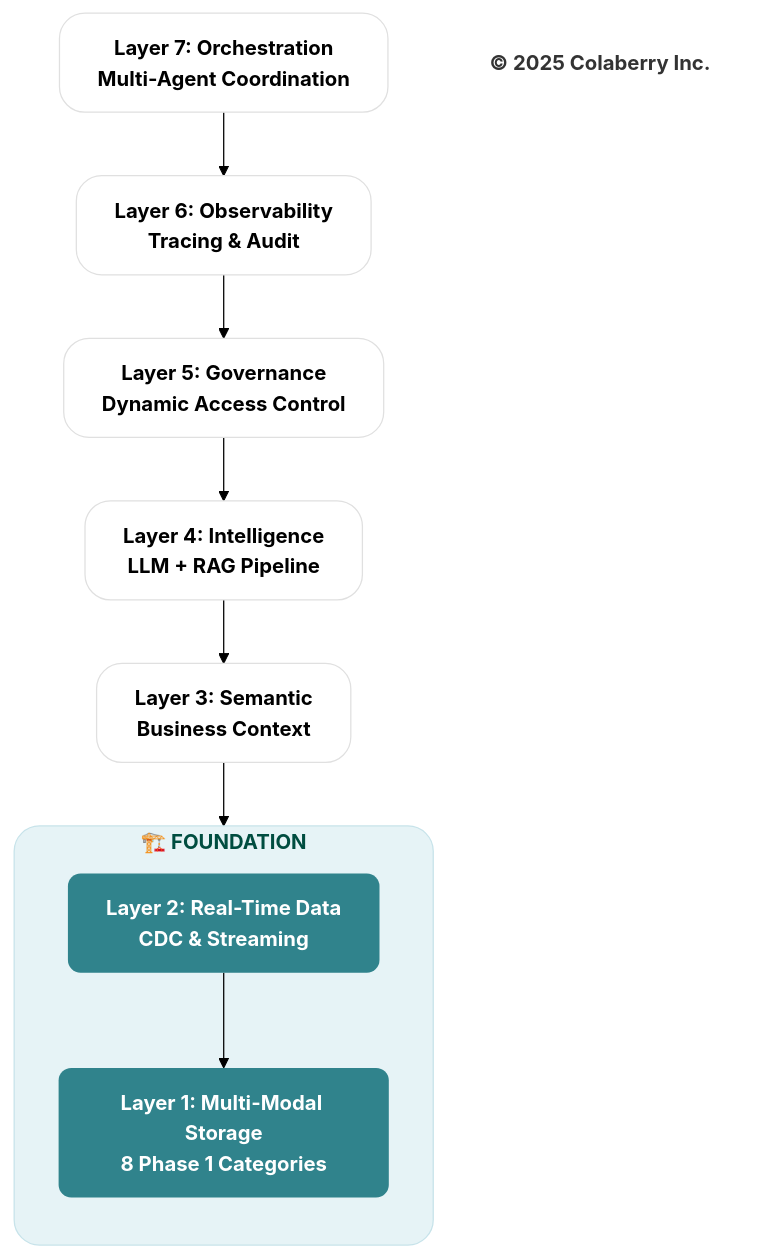
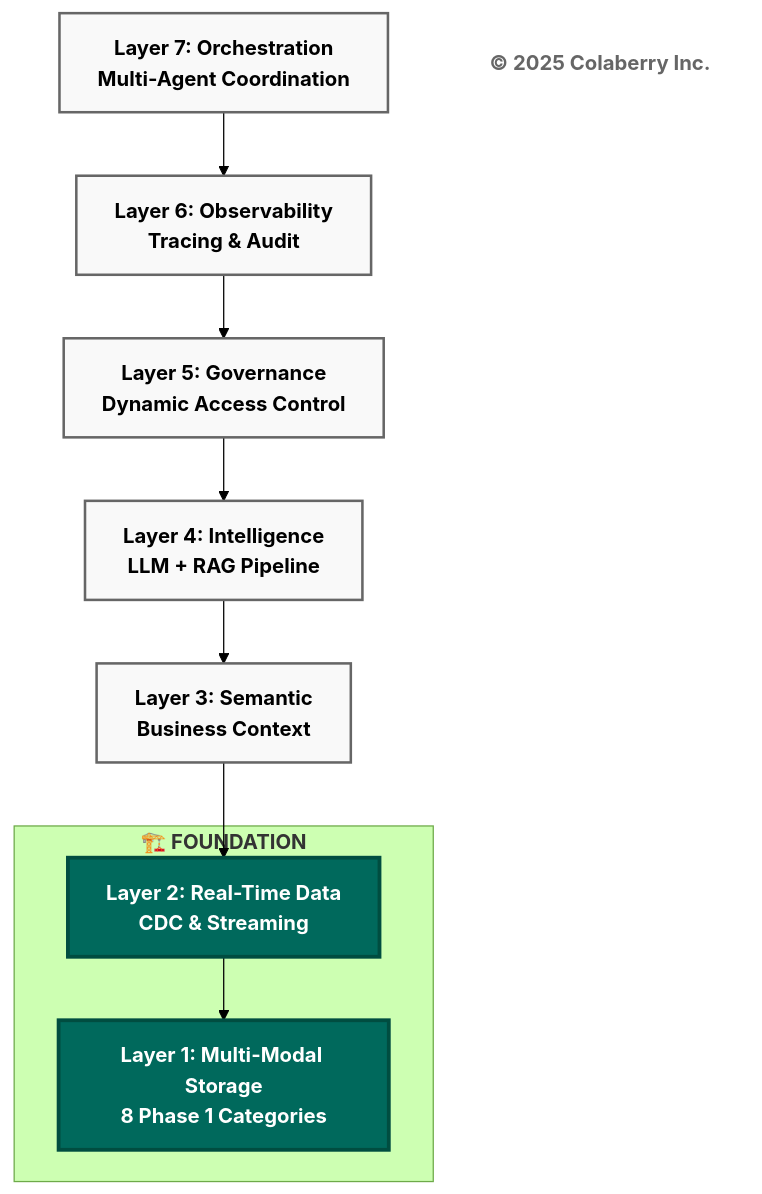
One commit to saitejesh-cyber/trust-before-intelligence-book changed the third of 11 diagrams in manuscript/05_chapter_4_foundation_layers.md. Above: the diagram before and after it, drawn with Mermaid (forest theme). The commit also changed other lines of this file and 12 other files, not shown here.

Commit message:
Restore legacy Mermaid styles for Option 1

````diff
--- a/manuscript/05_chapter_4_foundation_layers.md
+++ b/manuscript/05_chapter_4_foundation_layers.md
@@ -140,30 +139,27 @@
 ```mermaid
 graph TB
     L7["<b>Layer 7: Orchestration</b><br/><b>Multi-Agent Coordination</b>"]
     L6["<b>Layer 6: Observability</b><br/><b>Tracing & Audit</b>"]
     L5["<b>Layer 5: Governance</b><br/><b>Dynamic Access Control</b>"]
     L4["<b>Layer 4: Intelligence</b><br/><b>LLM + RAG Pipeline</b>"]
     L3["<b>Layer 3: Semantic</b><br/><b>Business Context</b>"]
     
-    subgraph FOUNDATION["<b>🏗️ FOUNDATION</b>"]
-        direction TB
+    subgraph "<b>🏗️ FOUNDATION</b>"
         L2["<b>Layer 2: Real-Time Data</b><br/><b>CDC & Streaming</b>"]
         L1["<b>Layer 1: Multi-Modal Storage</b><br/><b>8 Phase 1 Categories</b>"]
     end
     
     Copyright["<b>© 2025 Colaberry Inc.</b>"]
     
     L7 --> L6 --> L5 --> L4 --> L3
     L3 --> L2 --> L1
     
-    style L7 fill:#ffffff,stroke:#e0e0e0,stroke-width:1px,color:#000000,rx:20,ry:20
-    style L6 fill:#ffffff,stroke:#e0e0e0,stroke-width:1px,color:#000000,rx:20,ry:20
-    style L5 fill:#ffffff,stroke:#e0e0e0,stroke-width:1px,color:#000000,rx:20,ry:20
-    style L4 fill:#ffffff,stroke:#e0e0e0,stroke-width:1px,color:#000000,rx:20,ry:20
-    style L3 fill:#ffffff,stroke:#e0e0e0,stroke-width:1px,color:#000000,rx:20,ry:20
-    style FOUNDATION fill:#e6f3f6,stroke:#c7e3ea,stroke-width:1px,color:#004d40,rx:20,ry:20
-    style L2 fill:#30838C,stroke:none,color:#ffffff,rx:10,ry:10
-    style L1 fill:#30838C,stroke:none,color:#ffffff,rx:10,ry:10
-    style Copyright fill:none,stroke:none,color:#333333
-
+    style L7 fill:#f9f9f9,stroke:#666666,stroke-width:2px,color:#000000
+    style L6 fill:#f9f9f9,stroke:#666666,stroke-width:2px,color:#000000
+    style L5 fill:#f9f9f9,stroke:#666666,stroke-width:2px,color:#000000
+    style L4 fill:#f9f9f9,stroke:#666666,stroke-width:2px,color:#000000
+    style L3 fill:#f9f9f9,stroke:#666666,stroke-width:2px,color:#000000
+    style L2 fill:#00695c,color:#ffffff,stroke:#004d40,stroke-width:3px
+    style L1 fill:#00695c,color:#ffffff,stroke:#004d40,stroke-width:3px
+    style Copyright fill:#ffffff,stroke:none,color:#666666
 ```
````
